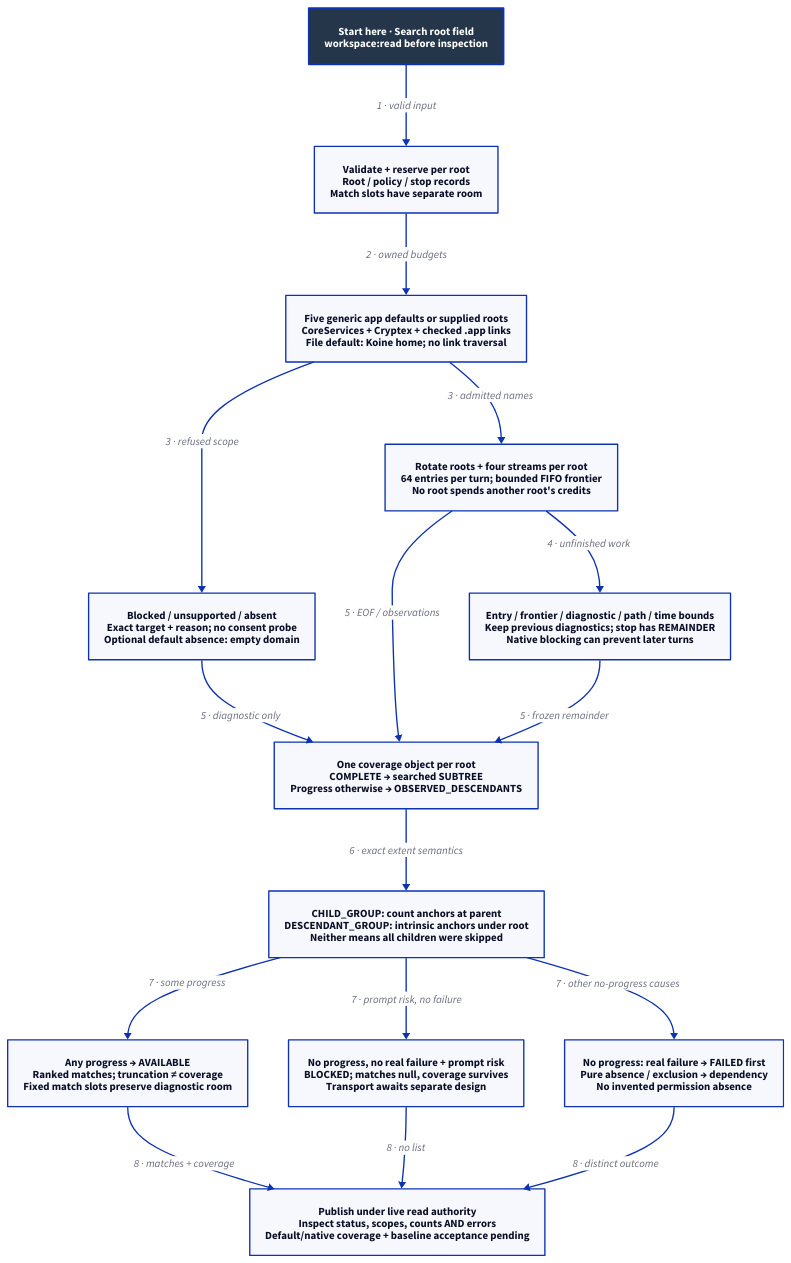
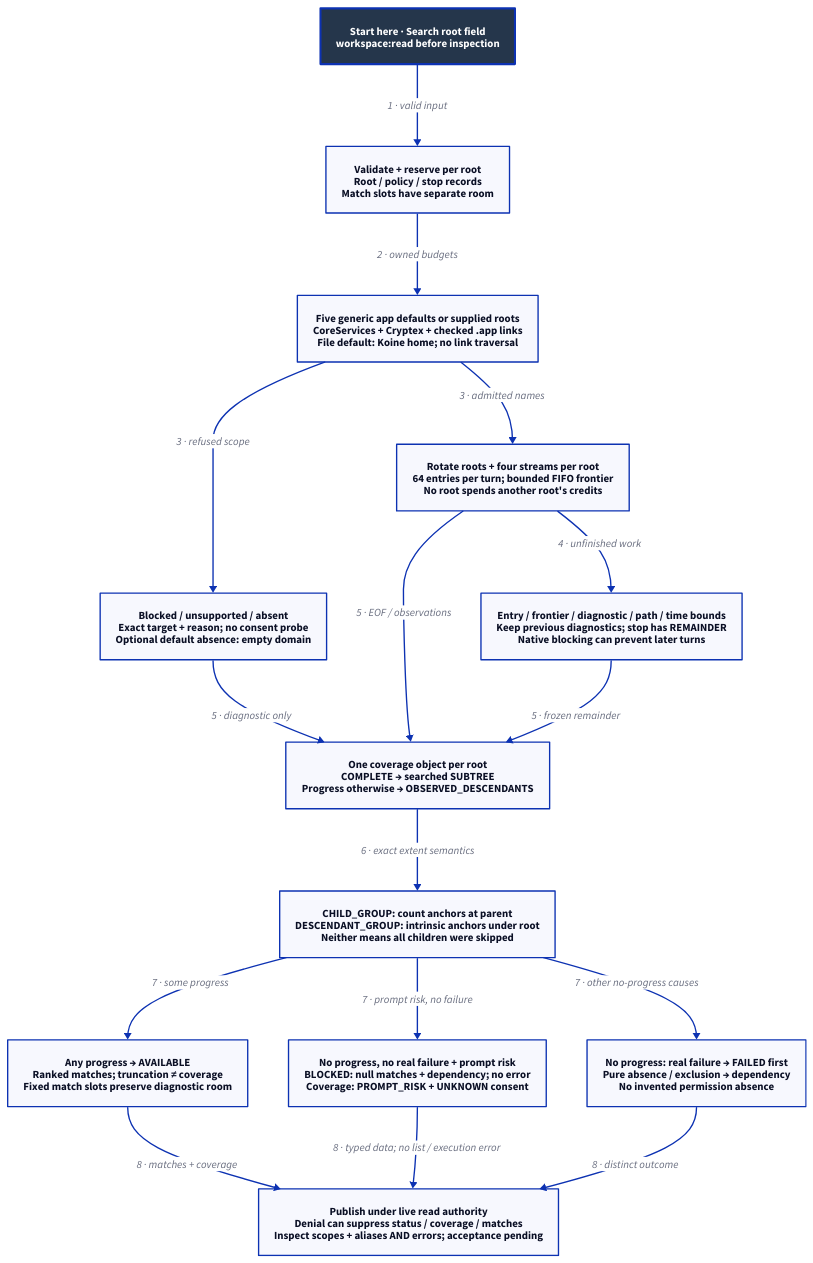
The diagram in docs/design/architecture/search-coverage.d2 (Linkuistics/Koine), drawn with D2 before and after one commit. The commit also changed 19 other files, not shown here.

Commit message:
search-permission-transport-k97: design typed prompt-risk outcomes

```diff
--- a/docs/design/architecture/search-coverage.d2
+++ b/docs/design/architecture/search-coverage.d2
@@ -1,32 +1,32 @@
 # Designed flow; arrows show order/guards, not checked temporal guarantees.
 direction: down
 classes: {
   start: {style: {fill: "#25364B"; font-color: "#FFFFFF"; bold: true; stroke-width: 3}}
 }
 Start: "Start here · Search root field\nworkspace:read before inspection" {class: start}
 Reserve: "Validate + reserve per root\nRoot / policy / stop records\nMatch slots have separate room"
 Admission: "Five generic app defaults or supplied roots\nCoreServices + Cryptex + checked .app links\nFile default: Koine home; no link traversal"
 Skip: "Blocked / unsupported / absent\nExact target + reason; no consent probe\nOptional default absence: empty domain"
 Scan: "Rotate roots + four streams per root\n64 entries per turn; bounded FIFO frontier\nNo root spends another root's credits"
 Bounds: "Entry / frontier / diagnostic / path / time bounds\nKeep previous diagnostics; stop has REMAINDER\nNative blocking can prevent later turns"
 Coverage: "One coverage object per root\nCOMPLETE → searched SUBTREE\nProgress otherwise → OBSERVED_DESCENDANTS"
 Groups: "CHILD_GROUP: count anchors at parent\nDESCENDANT_GROUP: intrinsic anchors under root\nNeither means all children were skipped"
 Available: "Any progress → AVAILABLE\nRanked matches; truncation ≠ coverage\nFixed match slots preserve diagnostic room"
-Blocked: "No progress, no real failure + prompt risk\nBLOCKED; matches null, coverage survives\nTransport awaits separate design"
+Blocked: "No progress, no real failure + prompt risk\nBLOCKED: null matches + dependency; no error\nCoverage: PROMPT_RISK + UNKNOWN consent"
 Other: "No progress: real failure → FAILED first\nPure absence / exclusion → dependency\nNo invented permission absence"
-Publish: "Publish under live read authority\nInspect status, scopes, counts AND errors\nDefault/native coverage + baseline acceptance pending"
+Publish: "Publish under live read authority\nDenial can suppress status / coverage / matches\nInspect scopes + aliases AND errors; acceptance pending"
 Start -> Reserve: "1 · valid input"
 Reserve -> Admission: "2 · owned budgets"
 Admission -> Skip: "3 · refused scope"
 Admission -> Scan: "3 · admitted names"
 Scan -> Bounds: "4 · unfinished work"
 Skip -> Coverage: "5 · diagnostic only"
 Scan -> Coverage: "5 · EOF / observations"
 Bounds -> Coverage: "5 · frozen remainder"
 Coverage -> Groups: "6 · exact extent semantics"
 Groups -> Available: "7 · some progress"
 Groups -> Blocked: "7 · prompt risk, no failure"
 Groups -> Other: "7 · other no-progress causes"
 Available -> Publish: "8 · matches + coverage"
-Blocked -> Publish: "8 · no list"
+Blocked -> Publish: "8 · typed data; no list / execution error"
 Other -> Publish: "8 · distinct outcome"
```
